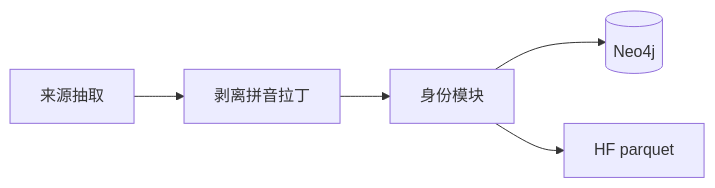
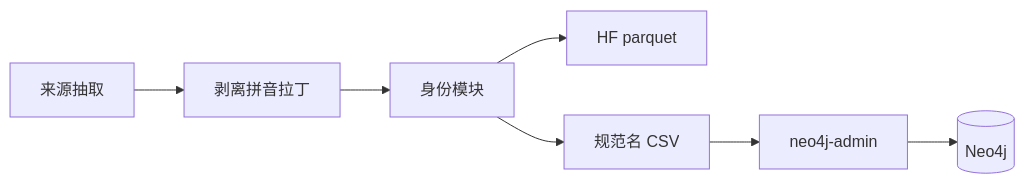
The first of 4 diagrams in docs/architecture/entity-resolution.md (ticoAg/BaiCao), drawn with Mermaid before and after one commit. The commit also changed other lines of this file and 12 other files, not shown here.

First line of the commit message:
feat: 图谱全量导入默认走 neo4j-admin

````diff
--- a/docs/architecture/entity-resolution.md
+++ b/docs/architecture/entity-resolution.md
@@ -17,7 +17,9 @@
 ```mermaid
 flowchart LR
     Extract[来源抽取] --> Sanitize[剥离拼音拉丁]
     Sanitize --> Identity[身份模块]
-    Identity --> Graph[(Neo4j)]
     Identity --> Parquet[HF parquet]
+    Identity --> CSV[规范名 CSV]
+    CSV --> Admin[neo4j-admin]
+    Admin --> Graph[(Neo4j)]
 ```
````
